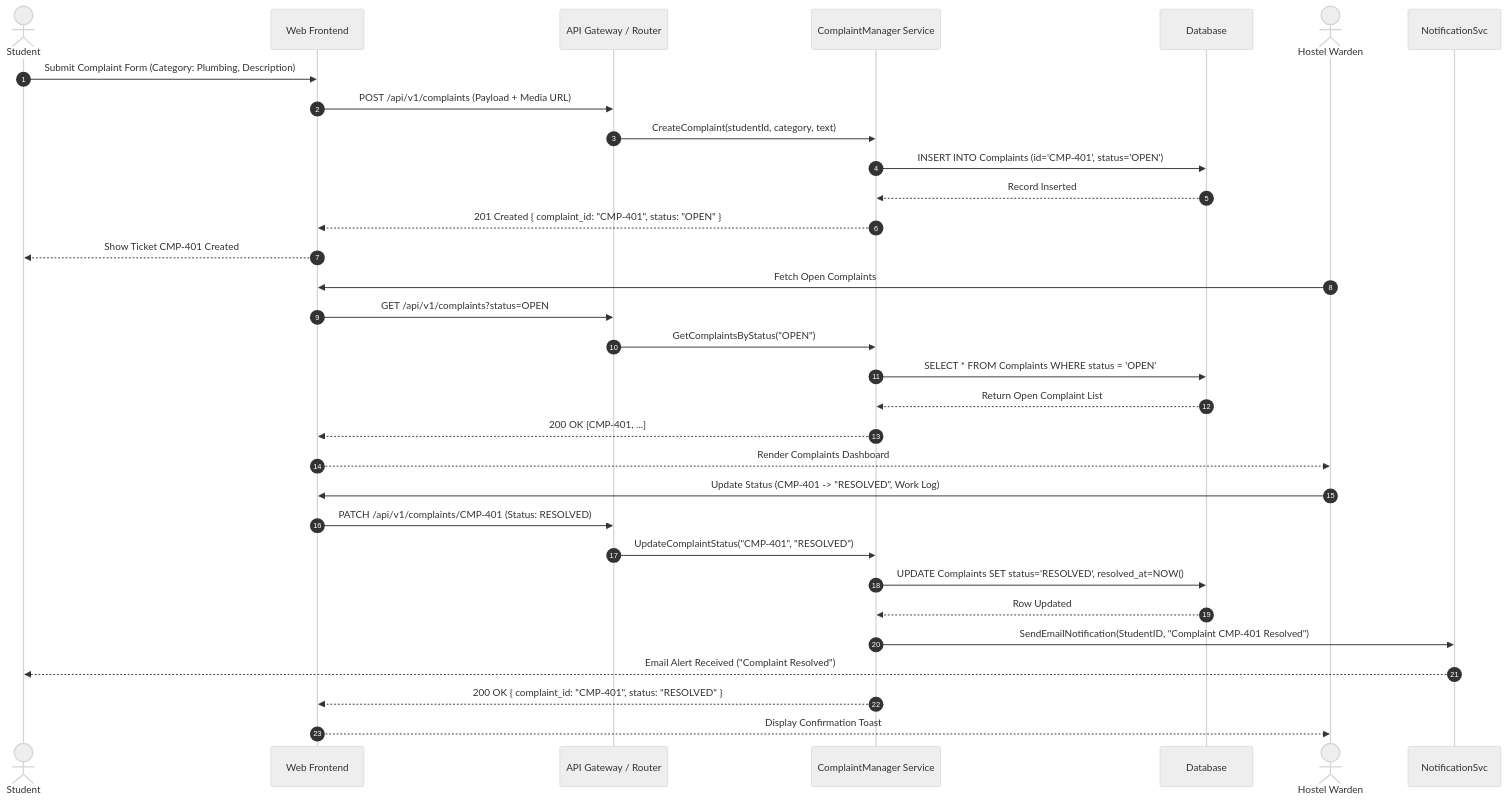
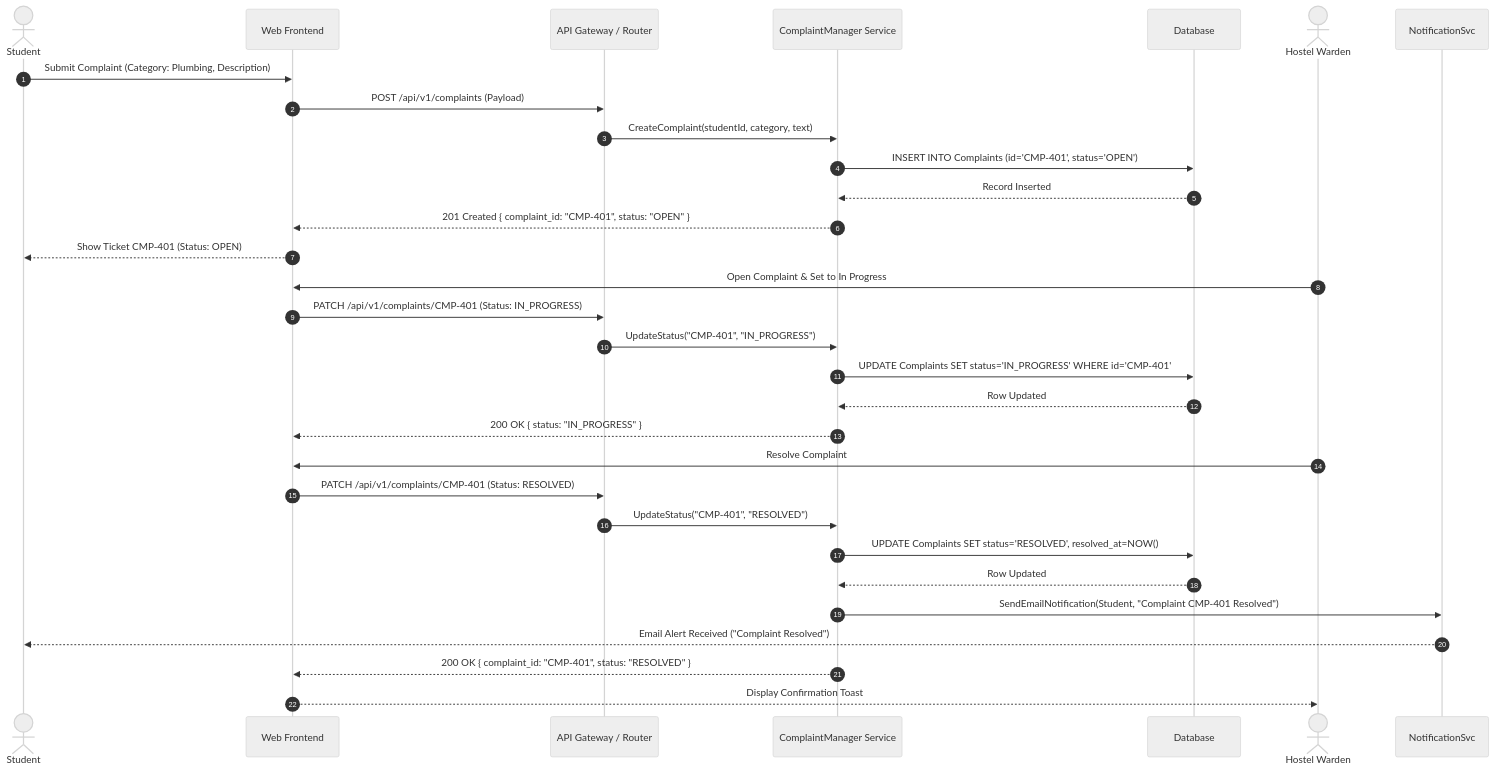
The second of 2 diagrams in Software_Design_Specification.md (Hostel-Management-system-2026/Hostel-Management-System), drawn with Mermaid (neutral theme) before and after one commit. The commit also changed other lines of this file, not shown here.

````diff
--- a/Software_Design_Specification.md
+++ b/Software_Design_Specification.md
@@ -97,37 +92,36 @@
 ```mermaid
 sequenceDiagram
     autonumber
     actor Student as Student
     participant UI as Web Frontend
     participant API as API Gateway / Router
     participant CompSvc as ComplaintManager Service
     participant DB as Database
     actor Warden as Hostel Warden
     participant Notif as NotificationSvc
 
-    Student->>UI: Submit Complaint Form (Category: Plumbing, Description)
-    UI->>API: POST /api/v1/complaints (Payload + Media URL)
+    Student->>UI: Submit Complaint (Category: Plumbing, Description)
+    UI->>API: POST /api/v1/complaints (Payload)
     API->>CompSvc: CreateComplaint(studentId, category, text)
     CompSvc->>DB: INSERT INTO Complaints (id='CMP-401', status='OPEN')
     DB-->>CompSvc: Record Inserted
     CompSvc-->>UI: 201 Created { complaint_id: "CMP-401", status: "OPEN" }
-    UI-->>Student: Show Ticket CMP-401 Created
+    UI-->>Student: Show Ticket CMP-401 (Status: OPEN)
 
-    Warden->>UI: Fetch Open Complaints
-    UI->>API: GET /api/v1/complaints?status=OPEN
-    API->>CompSvc: GetComplaintsByStatus("OPEN")
-    CompSvc->>DB: SELECT * FROM Complaints WHERE status = 'OPEN'
-    DB-->>CompSvc: Return Open Complaint List
-    CompSvc-->>UI: 200 OK [CMP-401, ...]
-    UI-->>Warden: Render Complaints Dashboard
+    Warden->>UI: Open Complaint & Set to In Progress
+    UI->>API: PATCH /api/v1/complaints/CMP-401 (Status: IN_PROGRESS)
+    API->>CompSvc: UpdateStatus("CMP-401", "IN_PROGRESS")
+    CompSvc->>DB: UPDATE Complaints SET status='IN_PROGRESS' WHERE id='CMP-401'
+    DB-->>CompSvc: Row Updated
+    CompSvc-->>UI: 200 OK { status: "IN_PROGRESS" }
 
-    Warden->>UI: Update Status (CMP-401 -> "RESOLVED", Work Log)
+    Warden->>UI: Resolve Complaint
     UI->>API: PATCH /api/v1/complaints/CMP-401 (Status: RESOLVED)
-    API->>CompSvc: UpdateComplaintStatus("CMP-401", "RESOLVED")
+    API->>CompSvc: UpdateStatus("CMP-401", "RESOLVED")
     CompSvc->>DB: UPDATE Complaints SET status='RESOLVED', resolved_at=NOW()
     DB-->>CompSvc: Row Updated
-    CompSvc->>Notif: SendEmailNotification(StudentID, "Complaint CMP-401 Resolved")
+    CompSvc->>Notif: SendEmailNotification(Student, "Complaint CMP-401 Resolved")
     Notif-->>Student: Email Alert Received ("Complaint Resolved")
     CompSvc-->>UI: 200 OK { complaint_id: "CMP-401", status: "RESOLVED" }
     UI-->>Warden: Display Confirmation Toast
 ```
````
